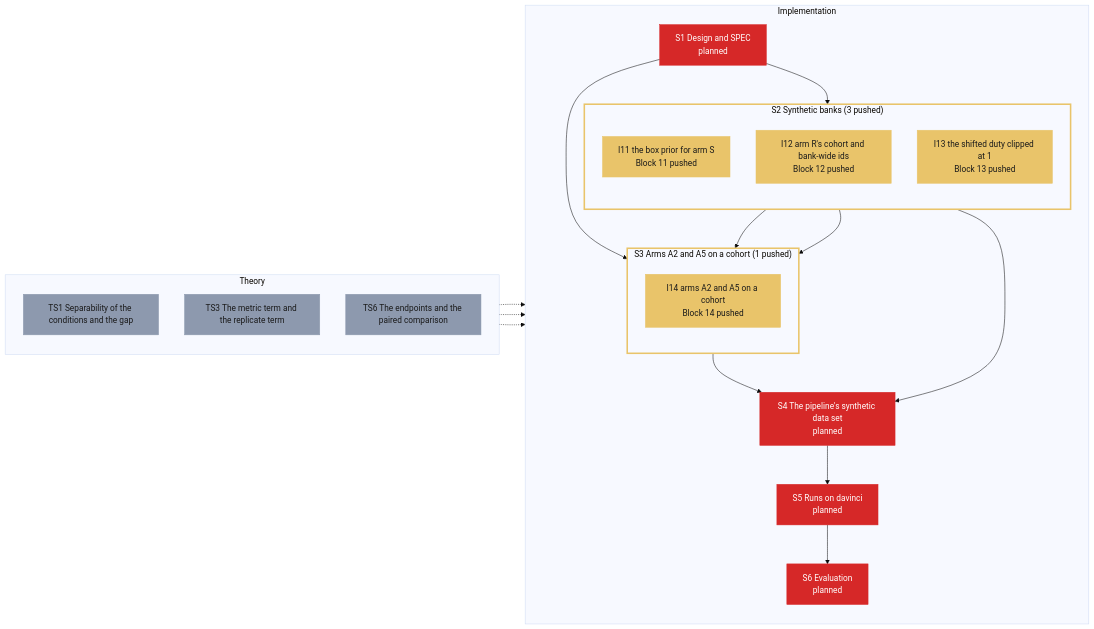
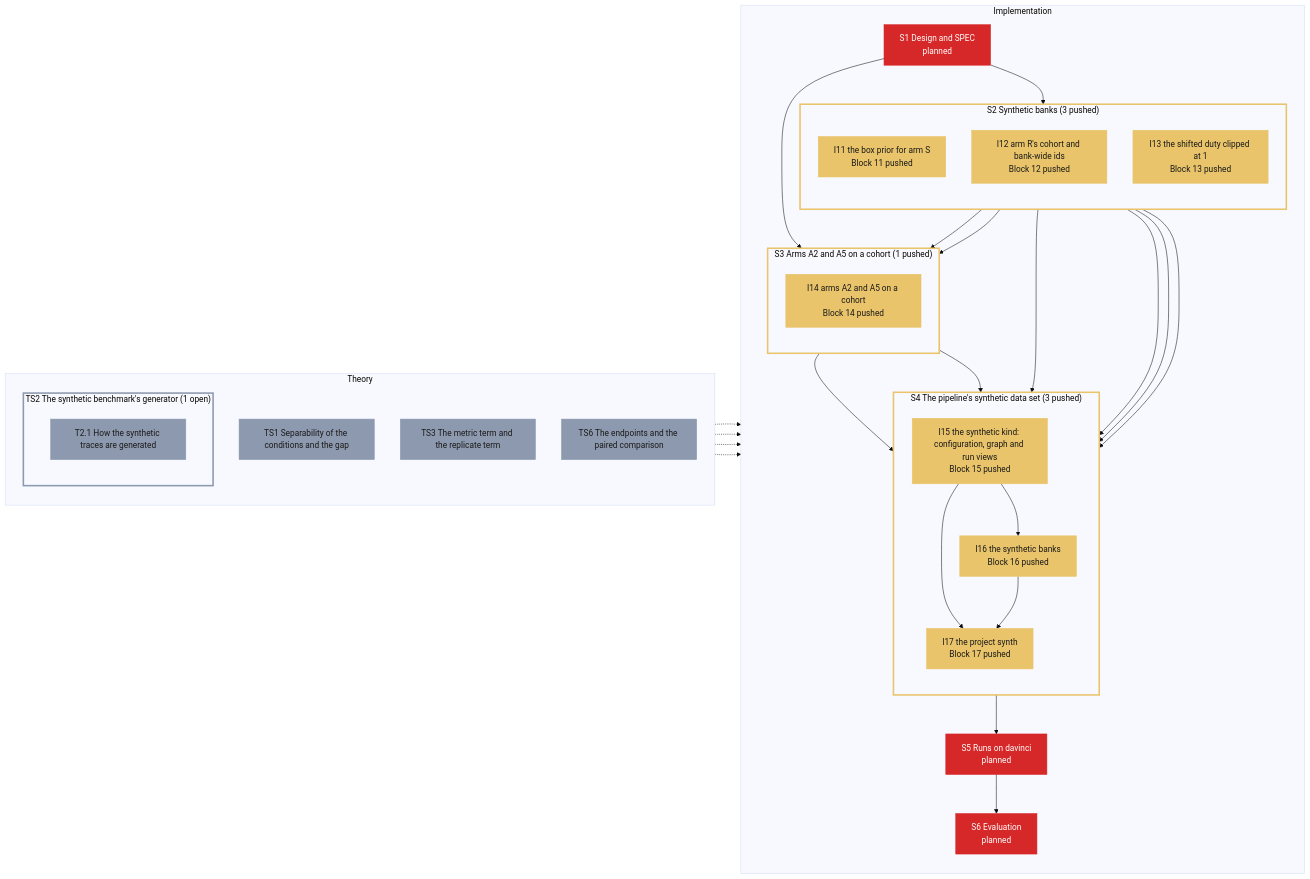
The diagram in specs/roadmap/synth.md (Leonardodm00/Simulation-Based-Inference), drawn with Mermaid (base theme) before and after one commit. The commit also changed other lines of this file and 1 other file, not shown here.

Commit message:
roadmap: synth theory TS2/T2.1 (how the synthetic traces are generated), blocks 15-17 under S4
The user (2026-11-03 14:32): to study how the synthetic traces are
generated, the theory under the synthetic benchmark -- a theory group TS2
for step S2 (the banks rest on it; S2's needs_theory), with the topic T2.1,
open. Blocks 15-17 enter under S4 (their SPEC entries of e79cab1); S4's
summary reworded to what was built (one job per shard, not job arrays).

Claude-Session: https://claude.ai/code/session_015FuK9zUnAx2bAGmAbFphw4

````diff
--- a/specs/roadmap/synth.md
+++ b/specs/roadmap/synth.md
@@ -5,51 +5,70 @@
 ```mermaid
 flowchart LR
     classDef planned fill:#d62828,color:#ffffff,stroke:#d62828
     classDef local fill:#f77f00,color:#1a1a1a,stroke:#f77f00
     classDef pushed fill:#e9c46a,color:#1a1a1a,stroke:#e9c46a
     classDef testing fill:#3a86ff,color:#ffffff,stroke:#3a86ff
     classDef tested fill:#2a9d8f,color:#ffffff,stroke:#2a9d8f
     classDef running fill:#8338ec,color:#ffffff,stroke:#8338ec
     classDef failing fill:#b5174e,color:#ffffff,stroke:#b5174e
     classDef done fill:#2d9a3d,color:#ffffff,stroke:#2d9a3d
     classDef open fill:#8d99ae,color:#1a1a1a,stroke:#8d99ae
     classDef studying fill:#3a86ff,color:#ffffff,stroke:#3a86ff
     classDef closed fill:#2d9a3d,color:#ffffff,stroke:#2d9a3d
     classDef blocked stroke-dasharray:5 3,stroke:#333
     subgraph theory["Theory"]
         direction TB
         TS1["TS1 Separability of the conditions and the gap"]:::open
+        subgraph grp_TS2["TS2 The synthetic benchmark's generator (1 open)"]
+            direction TB
+            T2.1["T2.1 How the synthetic traces are generated"]:::open
+        end
         TS3["TS3 The metric term and the replicate term"]:::open
         TS6["TS6 The endpoints and the paired comparison"]:::open
     end
     subgraph impl["Implementation"]
         direction TB
         S1["S1 Design and SPEC<br/>planned"]:::planned
         subgraph grp_S2["S2 Synthetic banks (3 pushed)"]
             direction TB
             I11["I11 the box prior for arm S<br/>Block 11 pushed"]:::pushed
             I12["I12 arm R's cohort and bank-wide ids<br/>Block 12 pushed"]:::pushed
             I13["I13 the shifted duty clipped at 1<br/>Block 13 pushed"]:::pushed
         end
         subgraph grp_S3["S3 Arms A2 and A5 on a cohort (1 pushed)"]
             direction TB
             I14["I14 arms A2 and A5 on a cohort<br/>Block 14 pushed"]:::pushed
         end
-        S4["S4 The pipeline's synthetic data set<br/>planned"]:::planned
+        subgraph grp_S4["S4 The pipeline's synthetic data set (3 pushed)"]
+            direction TB
+            I15["I15 the synthetic kind: configuration, graph and run views<br/>Block 15 pushed"]:::pushed
+            I16["I16 the synthetic banks<br/>Block 16 pushed"]:::pushed
+            I17["I17 the project synth<br/>Block 17 pushed"]:::pushed
+        end
         S5["S5 Runs on davinci<br/>planned"]:::planned
         S6["S6 Evaluation<br/>planned"]:::planned
         S1 --> grp_S2
         S1 --> grp_S3
-        grp_S2 --> S4
-        grp_S3 --> S4
-        S4 --> S5
+        grp_S2 --> grp_S4
+        grp_S3 --> grp_S4
+        grp_S4 --> S5
         S5 --> S6
         I11 --> I14
         I12 --> I14
+        I11 --> I16
+        I12 --> I16
+        I13 --> I16
+        I15 --> I16
+        I14 --> I17
+        I15 --> I17
+        I16 --> I17
     end
     TS1 -.-> S1
+    grp_TS2 -.-> grp_S2
     TS3 -.-> grp_S3
     TS6 -.-> S6
+    style grp_TS2 stroke:#8d99ae,stroke-width:3px
     style grp_S2 stroke:#e9c46a,stroke-width:3px
     style grp_S3 stroke:#e9c46a,stroke-width:3px
+    style grp_S4 stroke:#e9c46a,stroke-width:3px
 ```
````
